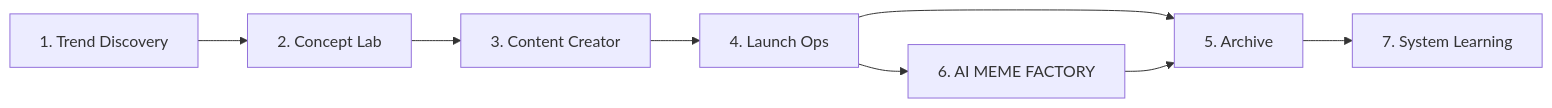
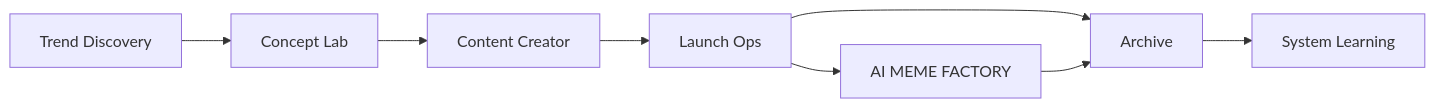
Before and after one commit to 0xchalker/mintlify-docs: the diagram in docs/campaign-walkthrough.mdx, drawn with Mermaid. The commit also changed other lines of this file and 12 other files, not shown here.

````diff
--- a/docs/campaign-walkthrough.mdx
+++ b/docs/campaign-walkthrough.mdx
@@ -12,10 +13,10 @@
 ```mermaid
 flowchart LR
-    A["1. Trend Discovery"] --> B["2. Concept Lab"]
-    B --> C["3. Content Creator"]
-    C --> D["4. Launch Ops"]
-    D --> E["5. Archive"]
-    D --> F["6. AI MEME FACTORY"]
+    A["Trend Discovery"] --> B["Concept Lab"]
+    B --> C["Content Creator"]
+    C --> D["Launch Ops"]
+    D --> E["Archive"]
+    D --> F["AI MEME FACTORY"]
     F --> E
-    E --> G["7. System Learning"]
+    E --> G["System Learning"]
 ```
````
